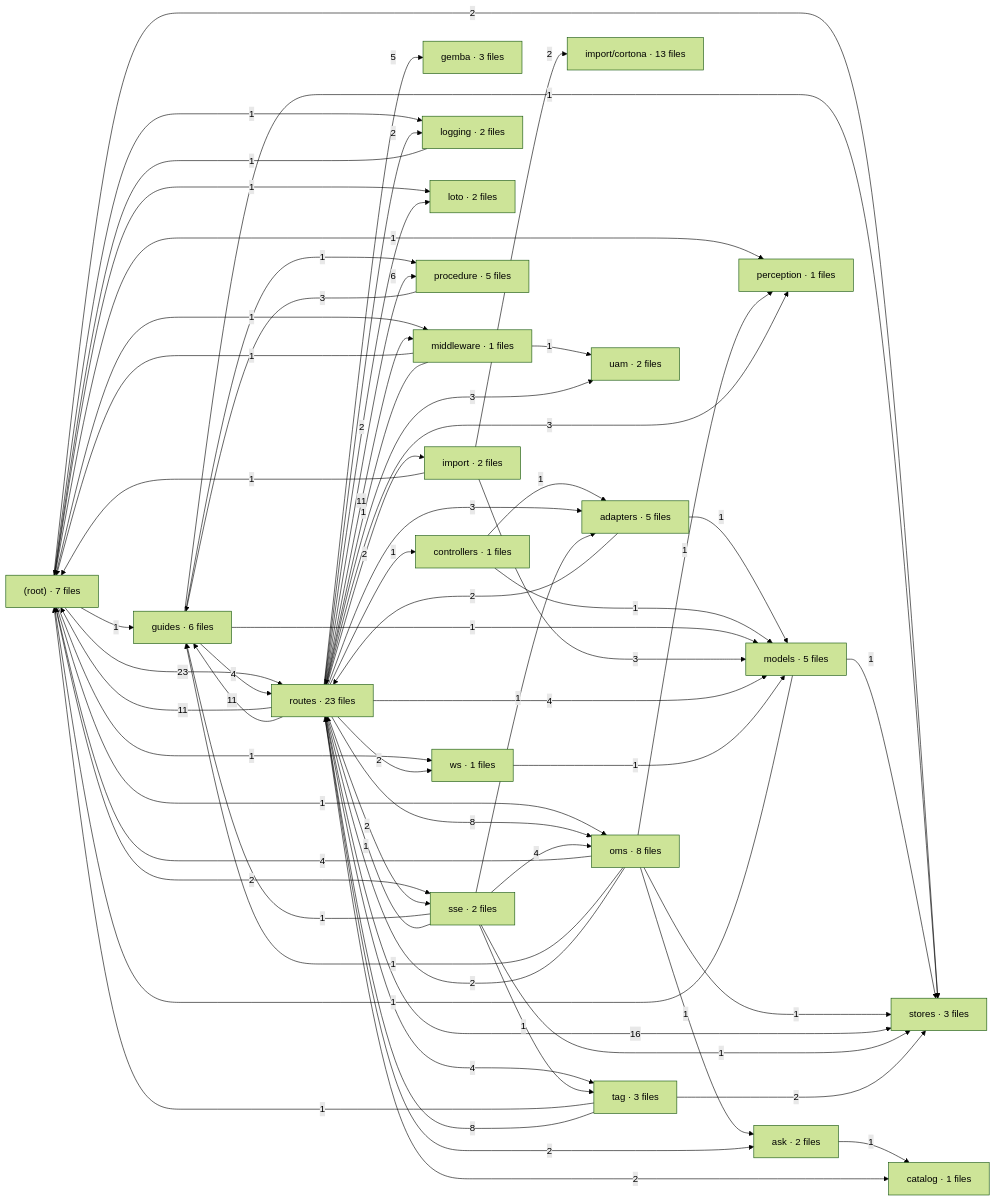
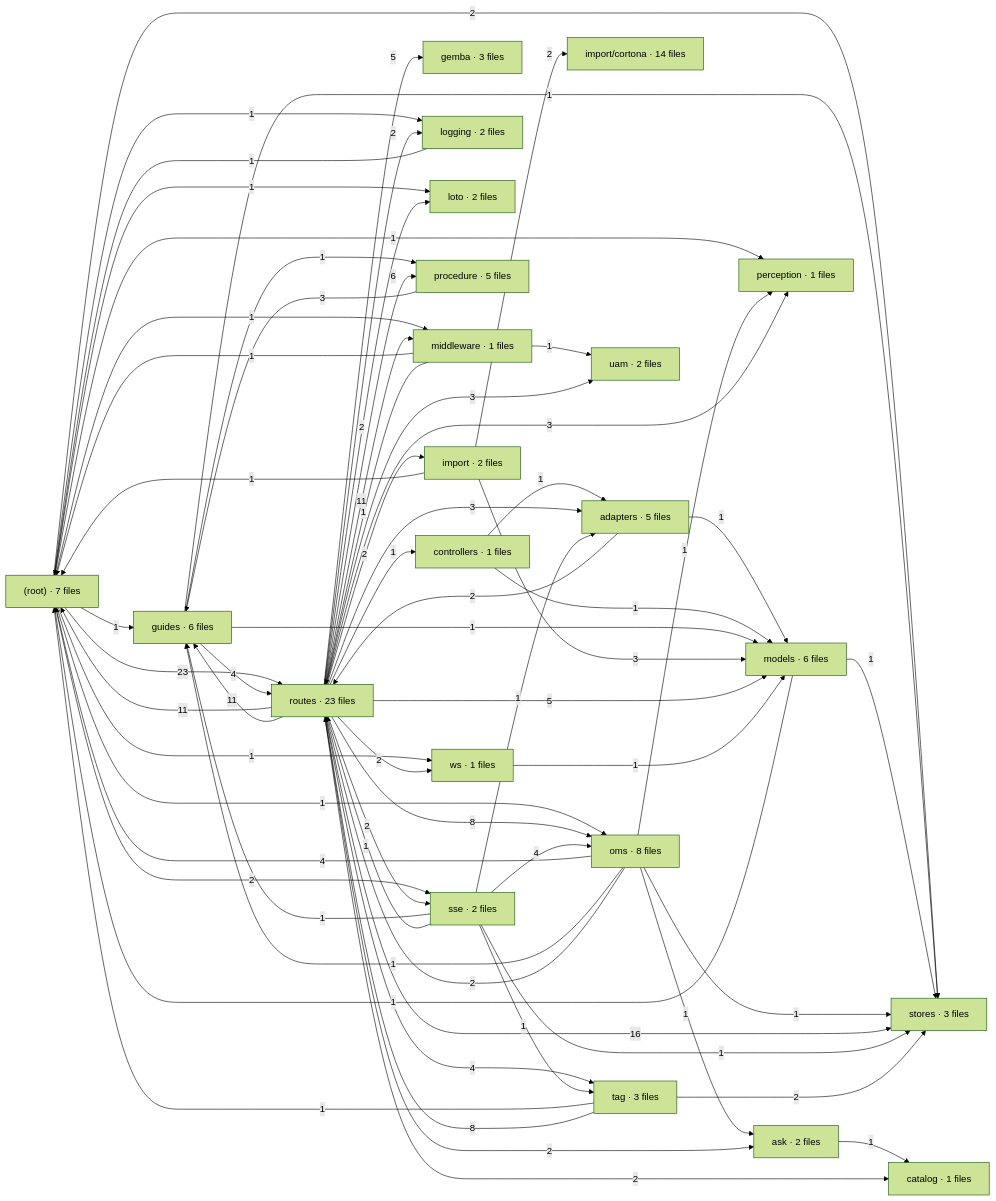
One commit to krocx/spatial-tapgging-app changed the diagram in docs/architecture/deps-sib.mmd. Above: the diagram before and after it, drawn with Mermaid (forest theme). The commit also changed 1 other file, not shown here.

Commit message:
arch: regenerate level 4 (assembled-pose, rest-pose, architecture route)

```diff
--- a/docs/architecture/deps-sib.mmd
+++ b/docs/architecture/deps-sib.mmd
@@ -1,90 +1,90 @@
 %% generated by scripts/arch-graph.mjs - do not edit
 flowchart LR
   %% sib/src - relative imports between folders (edge label = number of imports)
   F__["(root) · 7 files"]
   F_adapters["adapters · 5 files"]
   F_ask["ask · 2 files"]
   F_catalog["catalog · 1 files"]
   F_controllers["controllers · 1 files"]
   F_gemba["gemba · 3 files"]
   F_guides["guides · 6 files"]
   F_import["import · 2 files"]
-  F_import_cortona["import/cortona · 13 files"]
+  F_import_cortona["import/cortona · 14 files"]
   F_logging["logging · 2 files"]
   F_loto["loto · 2 files"]
   F_middleware["middleware · 1 files"]
-  F_models["models · 5 files"]
+  F_models["models · 6 files"]
   F_oms["oms · 8 files"]
   F_perception["perception · 1 files"]
   F_procedure["procedure · 5 files"]
   F_routes["routes · 23 files"]
   F_sse["sse · 2 files"]
   F_stores["stores · 3 files"]
   F_tag["tag · 3 files"]
   F_uam["uam · 2 files"]
   F_ws["ws · 1 files"]
   F__ -->|1| F_guides
   F__ -->|1| F_logging
   F__ -->|1| F_loto
   F__ -->|1| F_middleware
   F__ -->|1| F_oms
   F__ -->|1| F_perception
   F__ -->|23| F_routes
   F__ -->|2| F_sse
   F__ -->|2| F_stores
   F__ -->|1| F_ws
   F_adapters -->|1| F_models
   F_adapters -->|2| F_routes
   F_ask -->|1| F_catalog
   F_controllers -->|1| F_adapters
   F_controllers -->|1| F_models
   F_guides -->|1| F_models
   F_guides -->|1| F_procedure
   F_guides -->|4| F_routes
   F_guides -->|1| F_stores
   F_import -->|1| F__
   F_import -->|2| F_import_cortona
   F_import -->|3| F_models
   F_logging -->|1| F__
   F_middleware -->|1| F__
   F_middleware -->|1| F_routes
   F_middleware -->|1| F_uam
   F_models -->|1| F__
   F_models -->|1| F_stores
   F_oms -->|4| F__
   F_oms -->|1| F_ask
   F_oms -->|1| F_guides
   F_oms -->|1| F_perception
   F_oms -->|2| F_routes
   F_oms -->|1| F_stores
   F_procedure -->|3| F_guides
   F_routes -->|11| F__
   F_routes -->|3| F_adapters
   F_routes -->|2| F_ask
   F_routes -->|2| F_catalog
   F_routes -->|1| F_controllers
   F_routes -->|5| F_gemba
   F_routes -->|11| F_guides
   F_routes -->|2| F_import
   F_routes -->|2| F_logging
   F_routes -->|2| F_loto
   F_routes -->|11| F_middleware
-  F_routes -->|4| F_models
+  F_routes -->|5| F_models
   F_routes -->|8| F_oms
   F_routes -->|3| F_perception
   F_routes -->|6| F_procedure
   F_routes -->|2| F_sse
   F_routes -->|16| F_stores
   F_routes -->|4| F_tag
   F_routes -->|3| F_uam
   F_routes -->|2| F_ws
   F_sse -->|1| F_adapters
   F_sse -->|1| F_guides
   F_sse -->|4| F_oms
   F_sse -->|1| F_routes
   F_sse -->|1| F_stores
   F_sse -->|1| F_tag
   F_tag -->|1| F__
   F_tag -->|8| F_routes
   F_tag -->|2| F_stores
   F_ws -->|1| F_models
```
